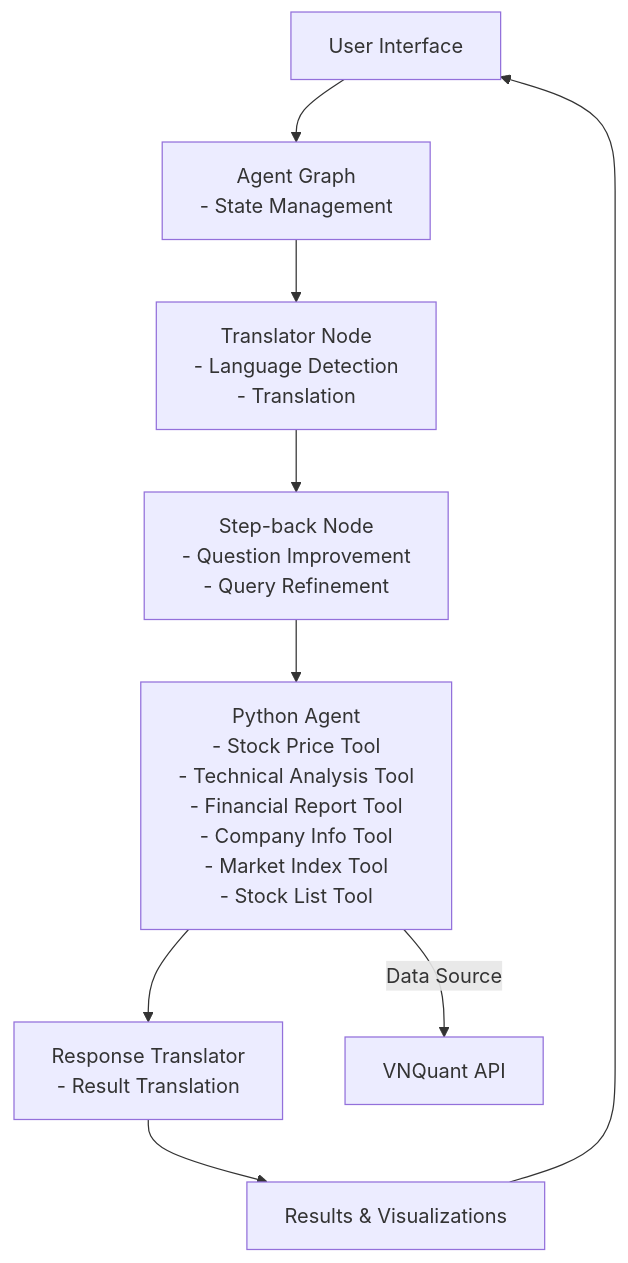
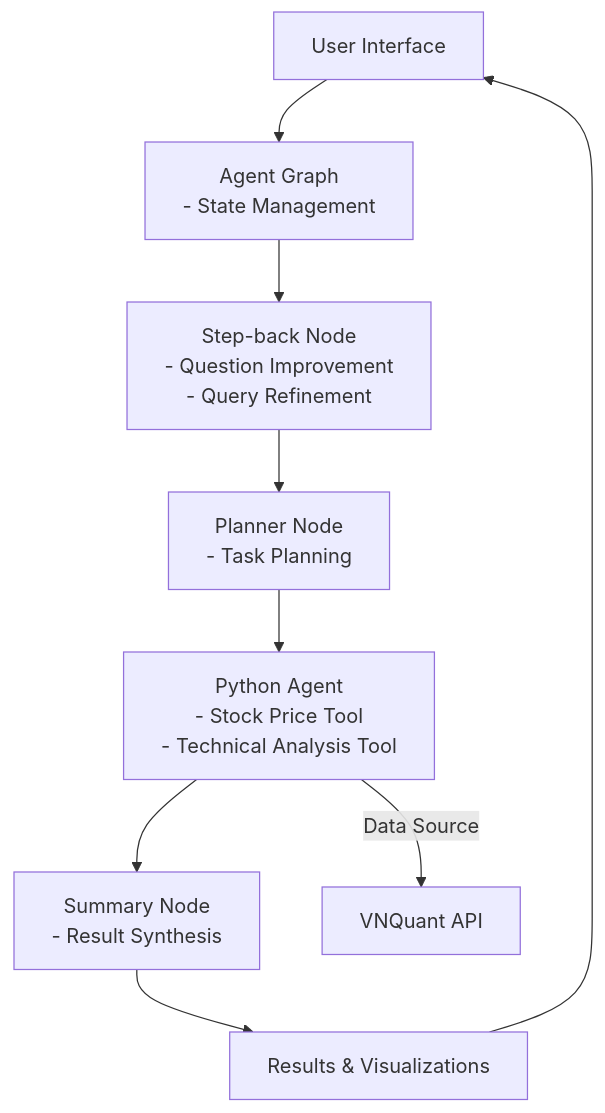
The diagram in unit09/stock-quant/README.md (tranduythanh/Build-GenAI-Course-DataScienceWorld.Kan), drawn with Mermaid before and after one commit. The commit also changed other lines of this file and 11 other files, not shown here.

````diff
--- a/unit09/stock-quant/README.md
+++ b/unit09/stock-quant/README.md
@@ -44,15 +38,15 @@
 ```mermaid
 graph TD
     A[User Interface] --> B[Agent Graph<br/>- State Management]
     
     %% Workflow Path
-    B --> C[Translator Node<br/>- Language Detection<br/>- Translation]
-    C --> D[Step-back Node<br/>- Question Improvement<br/>- Query Refinement]
-    D --> E[Python Agent<br/>- Stock Price Tool<br/>- Technical Analysis Tool<br/>- Financial Report Tool<br/>- Company Info Tool<br/>- Market Index Tool<br/>- Stock List Tool]
-    E --> F[Response Translator<br/>- Result Translation]
+    B --> C[Step-back Node<br/>- Question Improvement<br/>- Query Refinement]
+    C --> D[Planner Node<br/>- Task Planning]
+    D --> E[Python Agent<br/>- Stock Price Tool<br/>- Technical Analysis Tool]
+    E --> F[Summary Node<br/>- Result Synthesis]
     F --> G[Results & Visualizations]
     G --> A
     
     %% Data Source Connection
     E -->|Data Source| H[VNQuant API]
 ```
````
